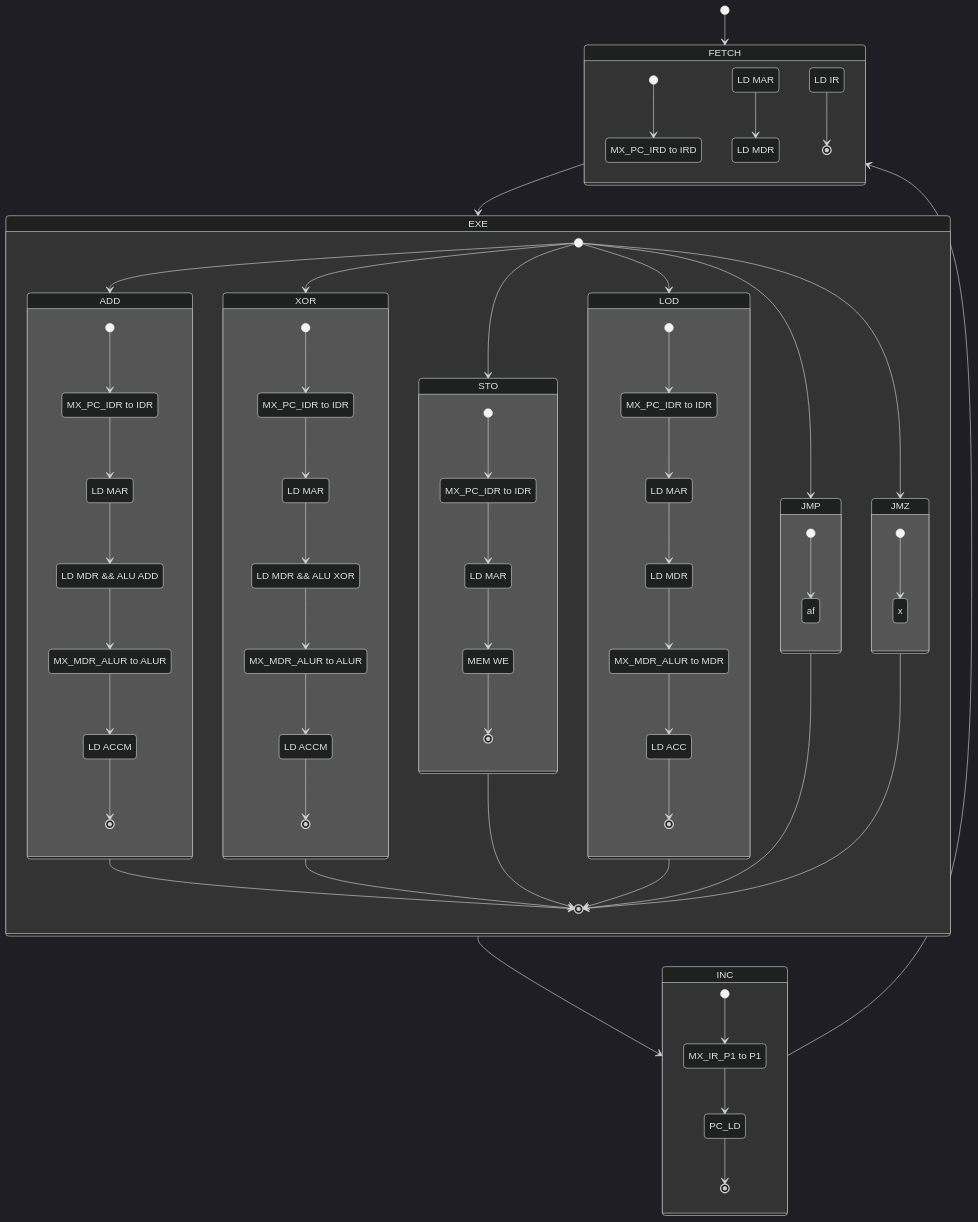
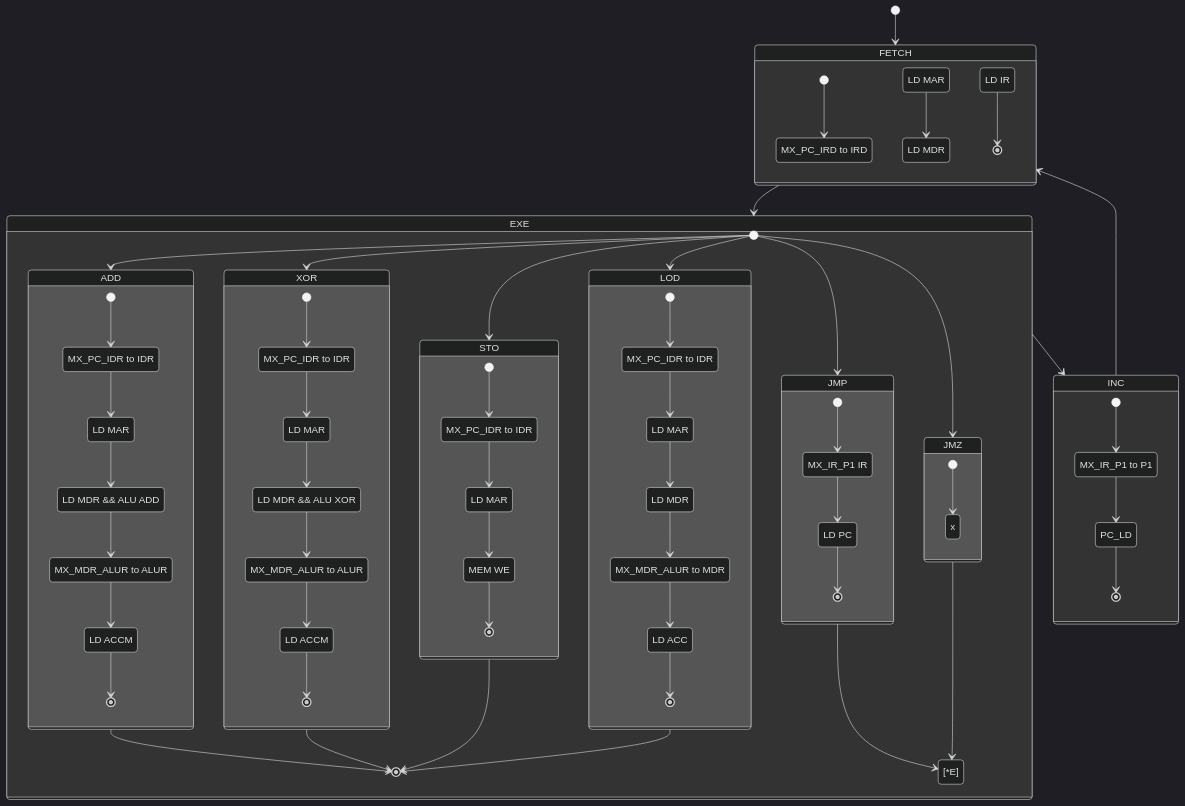
One commit to hexmaster111/LittleCpuVhdl changed the diagram in readme.md. Above: the diagram before and after it, drawn with Mermaid (dark theme).

Commit message:
jmp stuff done

```diff
--- a/readme.md
+++ b/readme.md
@@ -25,6 +25,7 @@
 FETCH --> EXE
 EXE --> INC
 INC --> FETCH
+
 
 state FETCH {
     F0 : MX_PC_IRD to IRD 
@@ -49,9 +50,10 @@
     XOR --> [*]
     STO --> [*]
     LOD --> [*]
-    JMP --> [*]
-    JMZ --> [*]
+    JMP --> [*E] 
+    JMZ --> [*E] 
 
+    
     state ADD {
         A0 : MX_PC_IDR to IDR
         A1 : LD MAR
@@ -97,7 +99,7 @@
         LOD2 : LD MDR
         LOD3 : MX_MDR_ALUR to MDR
         LOD4 : LD ACC
-        
+
         [*] --> LOD0
         LOD0 --> LOD1
         LOD1 --> LOD2
@@ -107,13 +109,20 @@
     }
 
     state JMP {
-        [*] --> af
+        JMP0 : MX_IR_P1 IR
+        JMP1 : LD PC
+        [*] --> JMP0
+        JMP0 --> JMP1
+        JMP1 --> [*]
     }
 
     state JMZ {
+        
         [*] --> x
     }
 }
+
+[*E] --> EXE
 
 state INC {
     I0 : MX_IR_P1 to P1 
```
